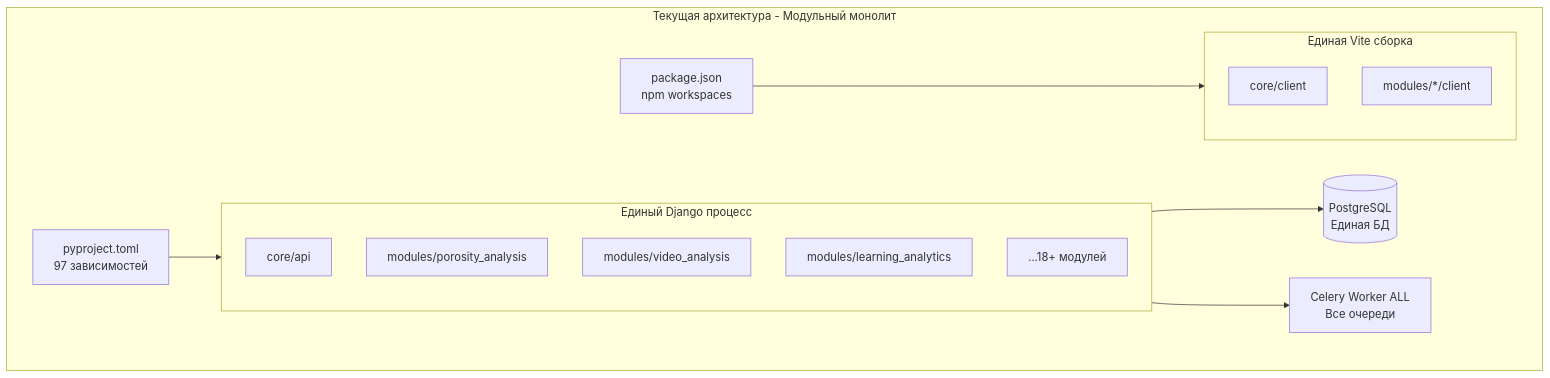
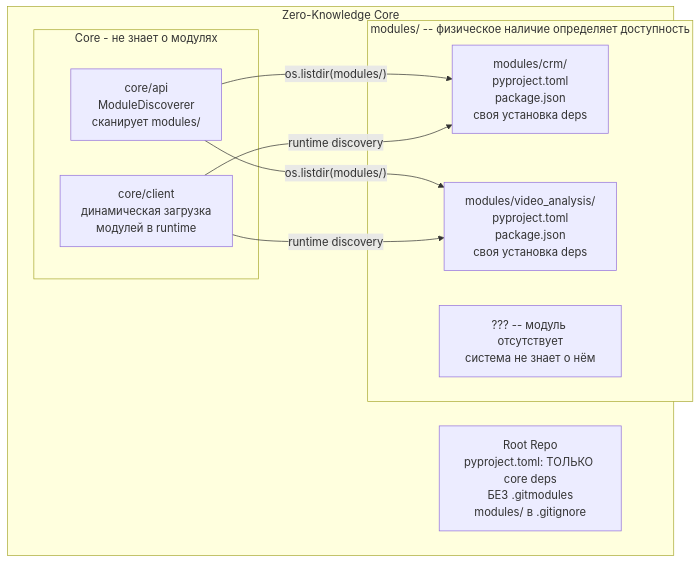
The first of 2 diagrams in .cursor/plans/microservices_architecture_migration_52462c7c.plan.md (ergoms/ergo_ms_core), drawn with Mermaid before and after one commit. The commit also changed other lines of this file, not shown here.

Commit message:
feat: обновление плана миграции архитектуры ERGO MS на микросервисы с акцентом на полную изоляцию модулей и удаление git submodules

````diff
--- a/.cursor/plans/microservices_architecture_migration_52462c7c.plan.md
+++ b/.cursor/plans/microservices_architecture_migration_52462c7c.plan.md
@@ -41,28 +41,22 @@
 ```mermaid
 graph TB
-  subgraph currentState [Текущая архитектура - Модульный монолит]
-    rootPyproject["pyproject.toml<br/>97 зависимостей"]
-    rootPackageJson["package.json<br/>npm workspaces"]
+  subgraph zeroKnowledge [Zero-Knowledge Core]
+    rootRepo["Root Repo<br/>pyproject.toml: ТОЛЬКО core deps<br/>БЕЗ .gitmodules<br/>modules/ в .gitignore"]
     
-    subgraph singleProcess [Единый Django процесс]
-      core_api["core/api"]
-      mod1["modules/porosity_analysis"]
-      mod2["modules/video_analysis"]
-      mod3["modules/learning_analytics"]
-      modN["...18+ модулей"]
+    subgraph core [Core - не знает о модулях]
+      coreApi["core/api<br/>ModuleDiscoverer<br/>сканирует modules/"]
+      coreClient["core/client<br/>динамическая загрузка<br/>модулей в runtime"]
     end
     
-    subgraph singleVite [Единая Vite сборка]
-      core_client["core/client"]
-      mod1_client["modules/*/client"]
+    subgraph modulesDir ["modules/ -- физическое наличие определяет доступность"]
+      modA["modules/crm/<br/>pyproject.toml<br/>package.json<br/>своя установка deps"]
+      modB["modules/video_analysis/<br/>pyproject.toml<br/>package.json<br/>своя установка deps"]
+      modGhost["??? -- модуль отсутствует<br/>система не знает о нём"]
     end
-    
-    singleDB[("PostgreSQL<br/>Единая БД")]
-    celeryAll["Celery Worker ALL<br/>Все очереди"]
   end
   
-  rootPyproject --> singleProcess
-  rootPackageJson --> singleVite
-  singleProcess --> singleDB
-  singleProcess --> celeryAll
+  coreApi -->|"os.listdir(modules/)"| modA
+  coreApi -->|"os.listdir(modules/)"| modB
+  coreClient -->|"runtime discovery"| modA
+  coreClient -->|"runtime discovery"| modB
 ```
````
